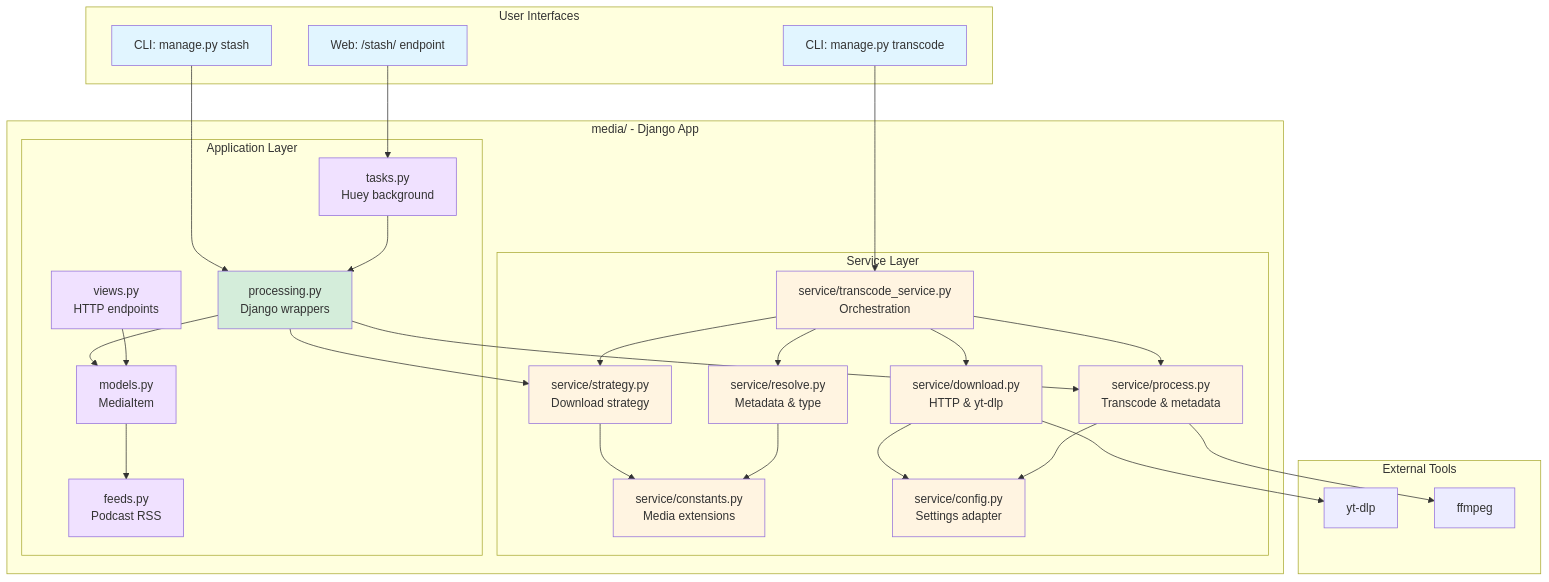
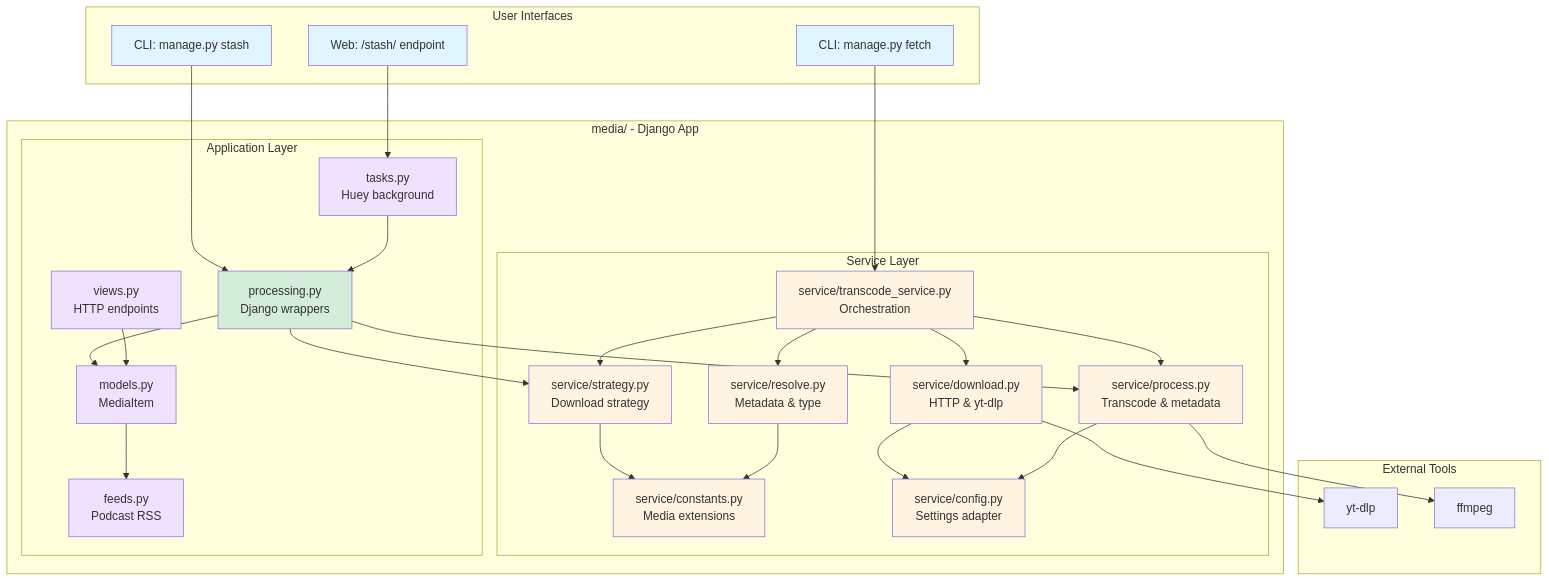
Before and after one commit to jonocodes/stashcast: the first of 4 diagrams in docs/ARCHITECTURE.md, drawn with Mermaid. The commit also changed other lines of this file and 5 other files, not shown here.

First line of the commit message:
Rename 'transcode' command to 'fetch'

````diff
--- a/docs/ARCHITECTURE.md
+++ b/docs/ARCHITECTURE.md
@@ -17,74 +17,74 @@
 ```mermaid
 graph TB
     subgraph "User Interfaces"
-        CLI_T[CLI: manage.py transcode]
+        CLI_T[CLI: manage.py fetch]
         CLI_S[CLI: manage.py stash]
         WEB[Web: /stash/ endpoint]
     end
 
     subgraph "media/ - Django App"
         subgraph "Service Layer"
             CONST[service/constants.py<br/>Media extensions]
             STRAT[service/strategy.py<br/>Download strategy]
             RESOLVE[service/resolve.py<br/>Metadata & type]
             DOWNLOAD[service/download.py<br/>HTTP & yt-dlp]
             PROCESS[service/process.py<br/>Transcode & metadata]
             CONFIG[service/config.py<br/>Settings adapter]
             TRANSCODE[service/transcode_service.py<br/>Orchestration]
         end
 
         subgraph "Application Layer"
             PROC[processing.py<br/>Django wrappers]
             TASKS[tasks.py<br/>Huey background]
             MODELS[models.py<br/>MediaItem]
             VIEWS[views.py<br/>HTTP endpoints]
             FEEDS[feeds.py<br/>Podcast RSS]
         end
     end
 
     subgraph "External Tools"
         YTDLP[yt-dlp]
         FFMPEG[ffmpeg]
     end
 
     CLI_T --> TRANSCODE
     CLI_S --> PROC
     WEB --> TASKS
     TASKS --> PROC
 
     TRANSCODE --> STRAT
     TRANSCODE --> RESOLVE
     TRANSCODE --> DOWNLOAD
     TRANSCODE --> PROCESS
 
     PROC --> STRAT
     PROC --> PROCESS
     PROC --> MODELS
 
     STRAT --> CONST
     RESOLVE --> CONST
     DOWNLOAD --> CONFIG
     PROCESS --> CONFIG
 
     DOWNLOAD --> YTDLP
     PROCESS --> FFMPEG
 
     MODELS --> FEEDS
     VIEWS --> MODELS
 
     style CLI_T fill:#e1f5ff
     style CLI_S fill:#e1f5ff
     style WEB fill:#e1f5ff
     style CONST fill:#fff4e1
     style STRAT fill:#fff4e1
     style RESOLVE fill:#fff4e1
     style DOWNLOAD fill:#fff4e1
     style PROCESS fill:#fff4e1
     style CONFIG fill:#fff4e1
     style TRANSCODE fill:#fff4e1
     style PROC fill:#d4edda
     style TASKS fill:#f0e1ff
     style MODELS fill:#f0e1ff
     style VIEWS fill:#f0e1ff
     style FEEDS fill:#f0e1ff
 ```
````
